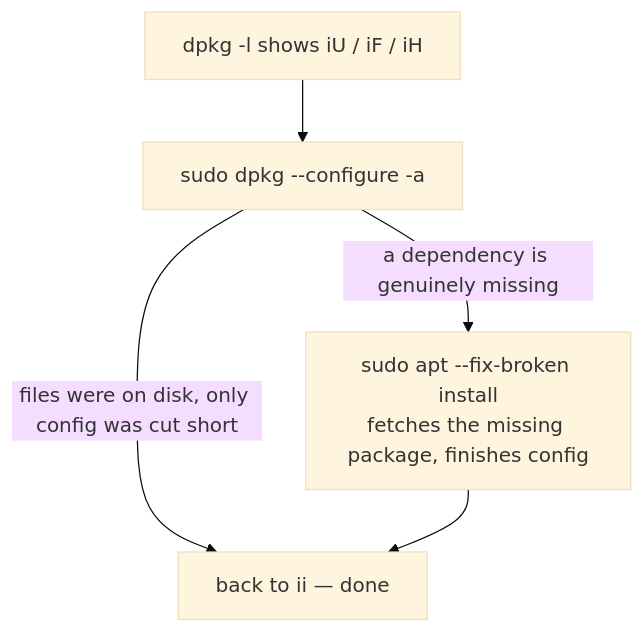
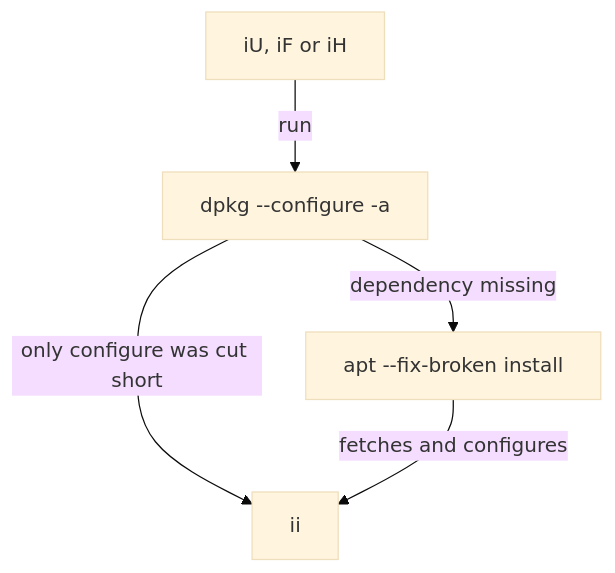
Before and after one commit to astrona-io/ATS002: the diagram in sections/section-050/module-02/course-03-status-codes-and-recovery.md, drawn with Mermaid (base theme). The commit also changed other lines of this file and 615 other files, not shown here.

````diff
--- a/sections/section-050/module-02/course-03-status-codes-and-recovery.md
+++ b/sections/section-050/module-02/course-03-status-codes-and-recovery.md
@@ -42,7 +44,7 @@
 ```mermaid
-flowchart TD
-    S["dpkg -l shows iU / iF / iH"] --> C["sudo dpkg --configure -a"]
-    C -->|files were on disk, only config was cut short| OK["back to ii — done"]
-    C -->|a dependency is genuinely missing| FB["sudo apt --fix-broken install<br/>fetches the missing package, finishes config"]
-    FB --> OK
+flowchart TB
+    S["iU, iF or iH"] -->|"run"| C["dpkg --configure -a"]
+    C -->|"only configure was cut short"| OK["ii"]
+    C -->|"dependency missing"| FB["apt --fix-broken install"]
+    FB -->|"fetches and configures"| OK
 ```
````
